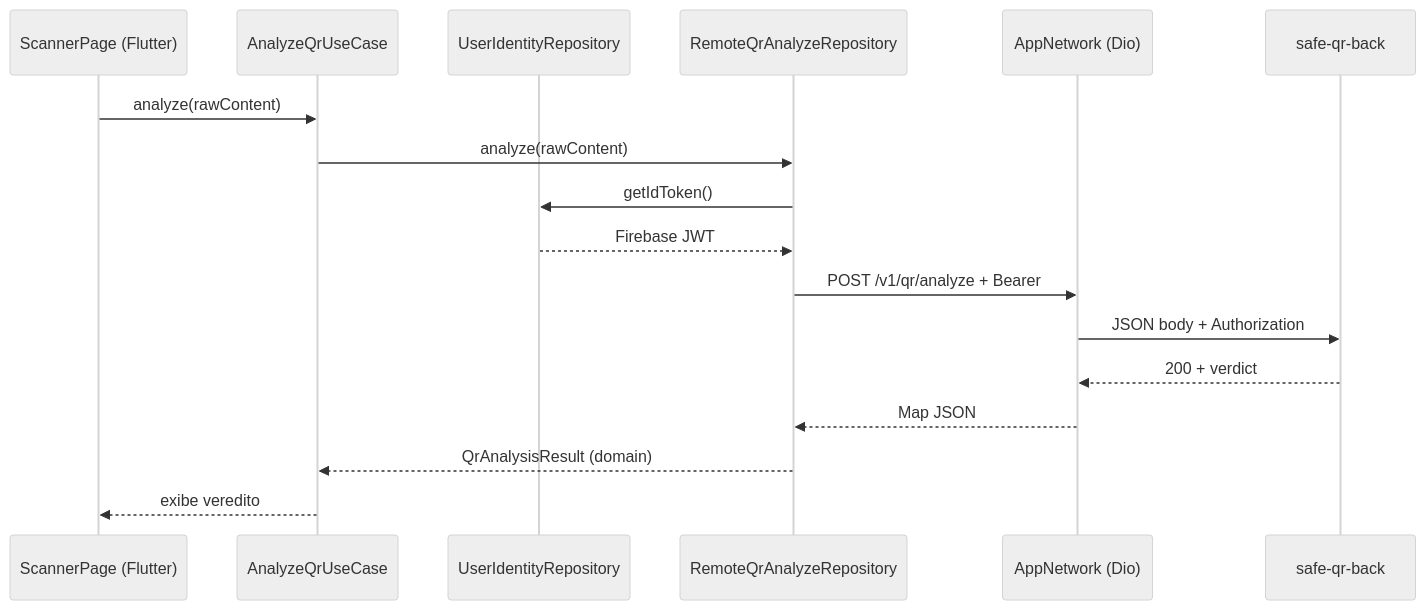
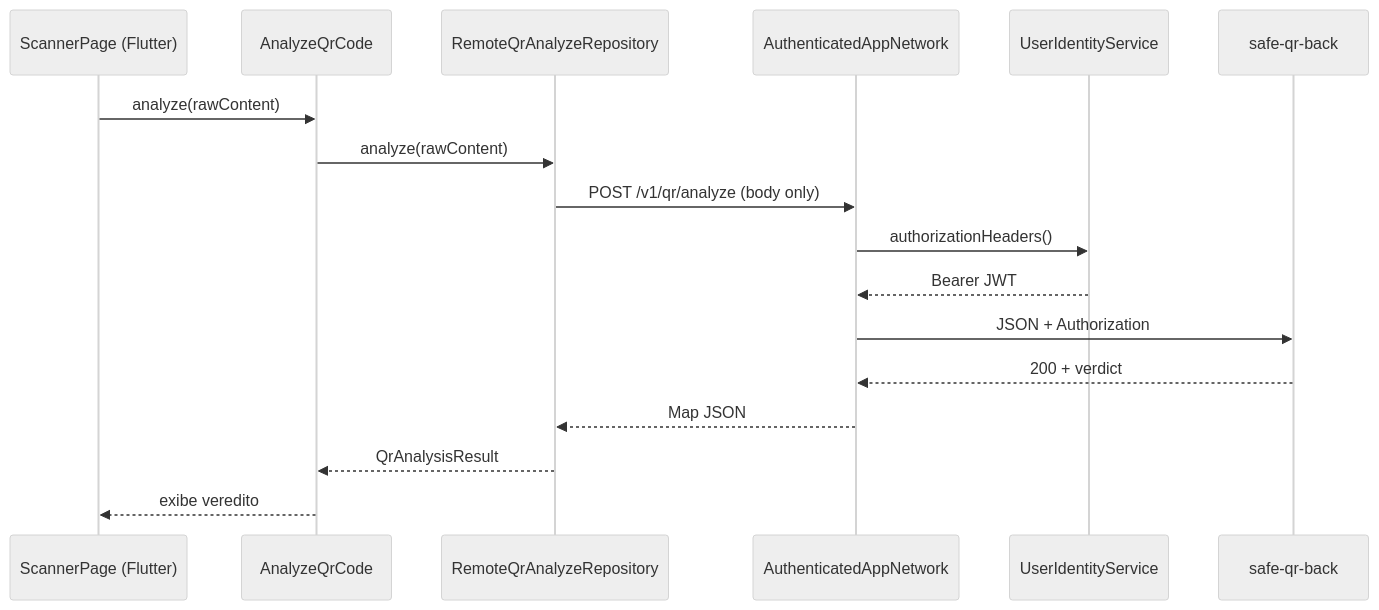
Before and after one commit to AndreWar10/SafeQR: the diagram in safe_qr_back/docs/10-integracao-mobile.md, drawn with Mermaid (neutral theme). The commit also changed other lines of this file and 25 other files, not shown here.

Commit message:
feat: enhance Safe QR app with Bearer JWT authentication for remote API calls and update documentation for local and remote history management

````diff
--- a/safe_qr_back/docs/10-integracao-mobile.md
+++ b/safe_qr_back/docs/10-integracao-mobile.md
@@ -7,20 +7,20 @@
 ```mermaid
 sequenceDiagram
   participant UI as ScannerPage (Flutter)
-  participant UC as AnalyzeQrUseCase
-  participant ID as UserIdentityRepository
+  participant UC as AnalyzeQrCode
   participant REPO as RemoteQrAnalyzeRepository
-  participant NET as AppNetwork (Dio)
+  participant NET as AuthenticatedAppNetwork
+  participant ID as UserIdentityService
   participant API as safe-qr-back
 
   UI->>UC: analyze(rawContent)
   UC->>REPO: analyze(rawContent)
-  REPO->>ID: getIdToken()
-  ID-->>REPO: Firebase JWT
-  REPO->>NET: POST /v1/qr/analyze + Bearer
-  NET->>API: JSON body + Authorization
+  REPO->>NET: POST /v1/qr/analyze (body only)
+  NET->>ID: authorizationHeaders()
+  ID-->>NET: Bearer JWT
+  NET->>API: JSON + Authorization
   API-->>NET: 200 + verdict
   NET-->>REPO: Map JSON
-  REPO-->>UC: QrAnalysisResult (domain)
+  REPO-->>UC: QrAnalysisResult
   UC-->>UI: exibe veredito
 ```
````
